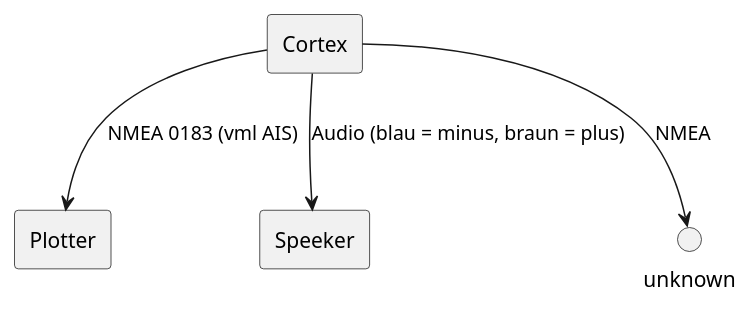
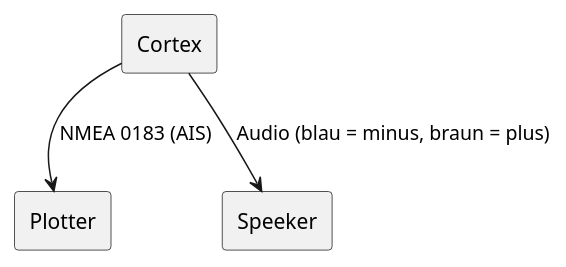
One commit to i7i5/knidos-notices changed the first of 4 diagrams in datenfluss.plantuml. Above: the diagram before and after it, drawn with PlantUML. The commit also changed other lines of this file and 8 other files, not shown here.

Commit message:
Added new diagrams, data flows and documentation

```diff
--- a/datenfluss.plantuml
+++ b/datenfluss.plantuml
@@ -1,11 +1,10 @@
-@startuml cortex
+@startuml cortex_now
 skinparam shadowing false
 skinparam componentStyle rectangle
 
 [Cortex] as CORTEX
 
-CORTEX -down-> [Plotter]: NMEA 0183 (vml AIS)
+CORTEX -down-> [Plotter]: NMEA 0183 (AIS)
 CORTEX -down-> [Speeker]: Audio (blau = minus, braun = plus)
-CORTEX -down-> unknown: NMEA
 
 @enduml
```
